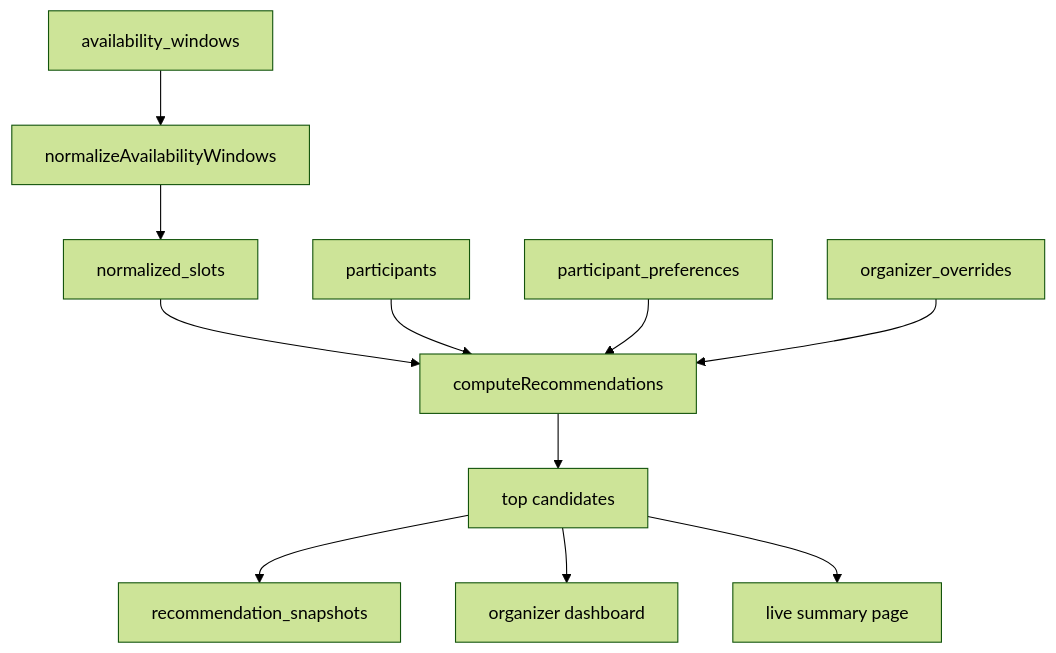
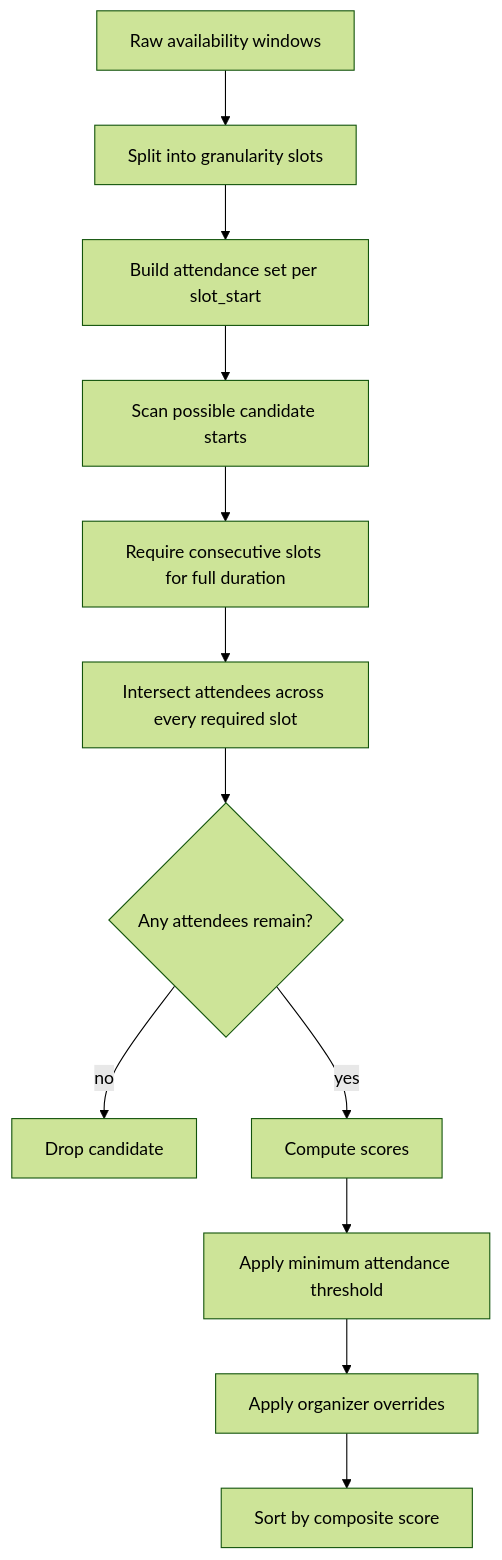
The fifth of 9 diagrams in TRD.md (anxkhn/togoo), drawn with Mermaid (forest theme) before and after one commit. The commit also changed other lines of this file and 3 other files, not shown here.

````diff
--- a/TRD.md
+++ b/TRD.md
@@ -230,13 +430,14 @@
 ```mermaid
 flowchart TD
-    A[availability_windows] --> B[normalizeAvailabilityWindows]
-    B --> C[normalized_slots]
-    C --> D[computeRecommendations]
-    E[participants] --> D
-    F[participant_preferences] --> D
-    G[organizer_overrides] --> D
-    D --> H[top candidates]
-    H --> I[recommendation_snapshots]
-    H --> J[organizer dashboard]
-    H --> K[live summary page]
+    A[Raw availability windows] --> B[Split into granularity slots]
+    B --> C[Build attendance set per slot_start]
+    C --> D[Scan possible candidate starts]
+    D --> E[Require consecutive slots for full duration]
+    E --> F[Intersect attendees across every required slot]
+    F --> G{Any attendees remain?}
+    G -->|no| Drop[Drop candidate]
+    G -->|yes| H[Compute scores]
+    H --> I[Apply minimum attendance threshold]
+    I --> J[Apply organizer overrides]
+    J --> K[Sort by composite score]
 ```
````
